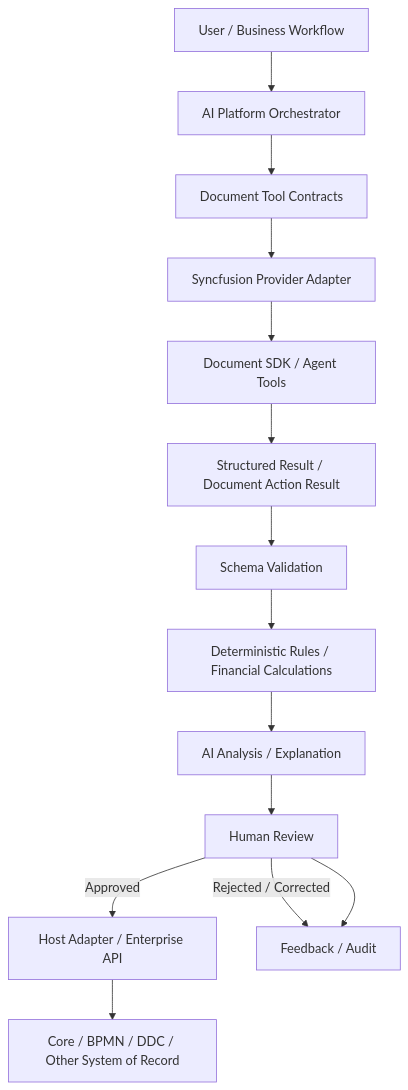
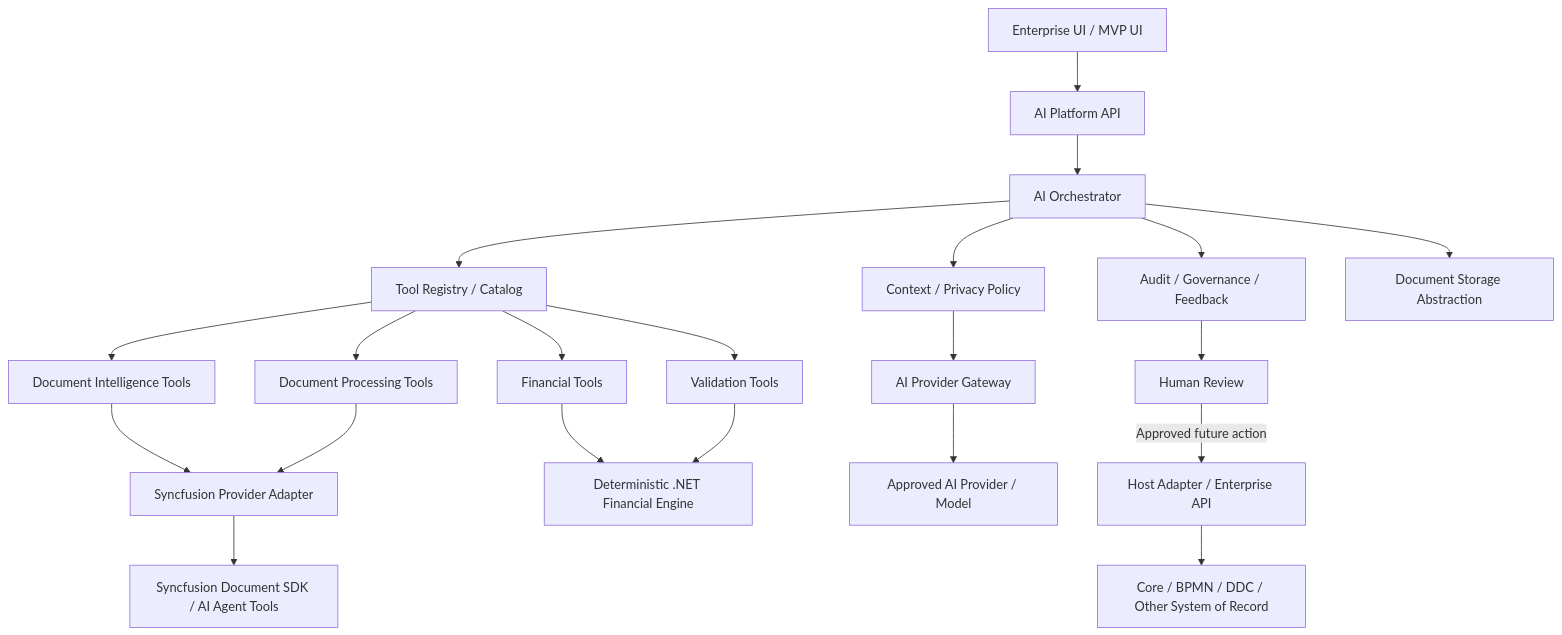
Before and after one commit to Milancho/ai-engineering-playbook: the first of 6 diagrams in docs/architecture/Document-Financial-Intelligence.md, drawn with Mermaid. The commit also changed other lines of this file, not shown here.

Commit message:
docs: refine MVP architecture with tool registry and AI experience boundaries

````diff
--- a/docs/architecture/Document-Financial-Intelligence.md
+++ b/docs/architecture/Document-Financial-Intelligence.md
@@ -17,16 +23,29 @@
 ```mermaid
-flowchart TD
-    U[User / Business Workflow] --> O[AI Platform Orchestrator]
-    O --> DT[Document Tool Contracts]
-    DT --> SP[Syncfusion Provider Adapter]
-    SP --> DOC[Document SDK / Agent Tools]
-    DOC --> SR[Structured Result / Document Action Result]
-    SR --> V[Schema Validation]
-    V --> R[Deterministic Rules / Financial Calculations]
-    R --> AI[AI Analysis / Explanation]
-    AI --> HR[Human Review]
-    HR -->|Approved| HA[Host Adapter / Enterprise API]
-    HR -->|Rejected / Corrected| FB[Feedback / Audit]
-    HA --> SYS[Core / BPMN / DDC / Other System of Record]
-    HR --> FB
+flowchart TB
+    UI[Enterprise UI / MVP UI] --> API[AI Platform API]
+    API --> ORCH[AI Orchestrator]
+    ORCH --> REG[Tool Registry / Catalog]
+
+    REG --> DINT[Document Intelligence Tools]
+    REG --> DPROC[Document Processing Tools]
+    REG --> FIN[Financial Tools]
+    REG --> VAL[Validation Tools]
+
+    DINT --> SF[Syncfusion Provider Adapter]
+    DPROC --> SF
+    SF --> SDK[Syncfusion Document SDK / AI Agent Tools]
+
+    FIN --> DET[Deterministic .NET Financial Engine]
+    VAL --> DET
+
+    ORCH --> CTX[Context / Privacy Policy]
+    CTX --> AIGW[AI Provider Gateway]
+    AIGW --> MODEL[Approved AI Provider / Model]
+
+    ORCH --> GOV[Audit / Governance / Feedback]
+    ORCH --> STORE[Document Storage Abstraction]
+
+    GOV --> REVIEW[Human Review]
+    REVIEW -->|Approved future action| HOST[Host Adapter / Enterprise API]
+    HOST --> SYS[Core / BPMN / DDC / Other System of Record]
 ```
````
